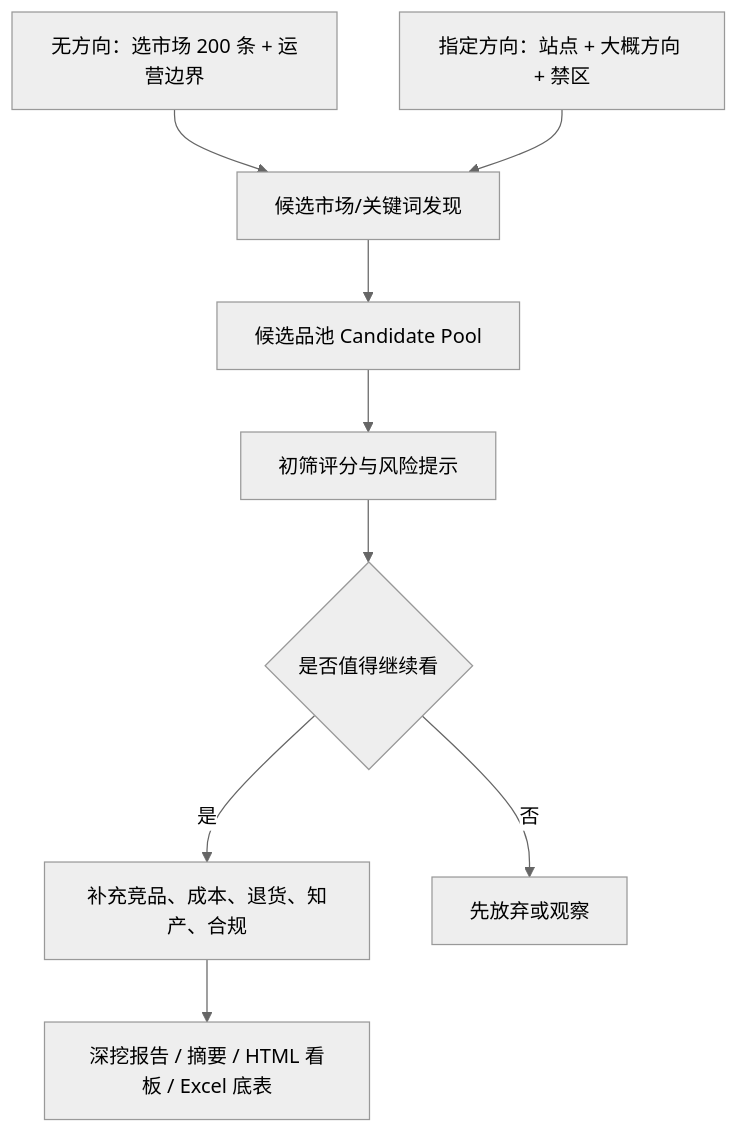
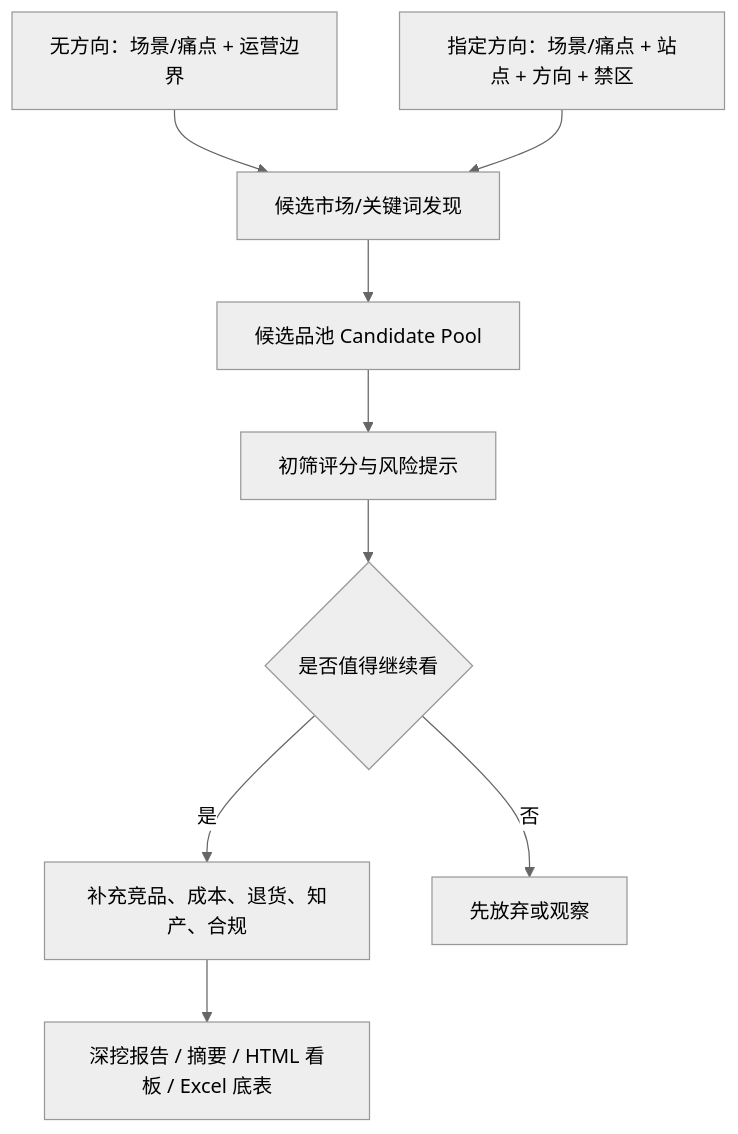
Before and after one commit to small-xiexu/amz-product-research-workbench: the diagram in docs/选品系统方向锚点.md, drawn with Mermaid (neutral theme). The commit also changed other lines of this file and 27 other files, not shown here.

````diff
--- a/docs/选品系统方向锚点.md
+++ b/docs/选品系统方向锚点.md
@@ -48,11 +49,11 @@
 ```mermaid
 flowchart TD
-  A1["无方向：选市场 200 条 + 运营边界"] --> B["候选市场/关键词发现"]
-  A2["指定方向：站点 + 大概方向 + 禁区"] --> B
+  A1["无方向：场景/痛点 + 运营边界"] --> B["候选市场/关键词发现"]
+  A2["指定方向：场景/痛点 + 站点 + 方向 + 禁区"] --> B
   B --> C["候选品池 Candidate Pool"]
   C --> D["初筛评分与风险提示"]
   D --> E{"是否值得继续看"}
   E -->|是| F["补充竞品、成本、退货、知产、合规"]
   E -->|否| G["先放弃或观察"]
   F --> H["深挖报告 / 摘要 / HTML 看板 / Excel 底表"]
 ```
````
